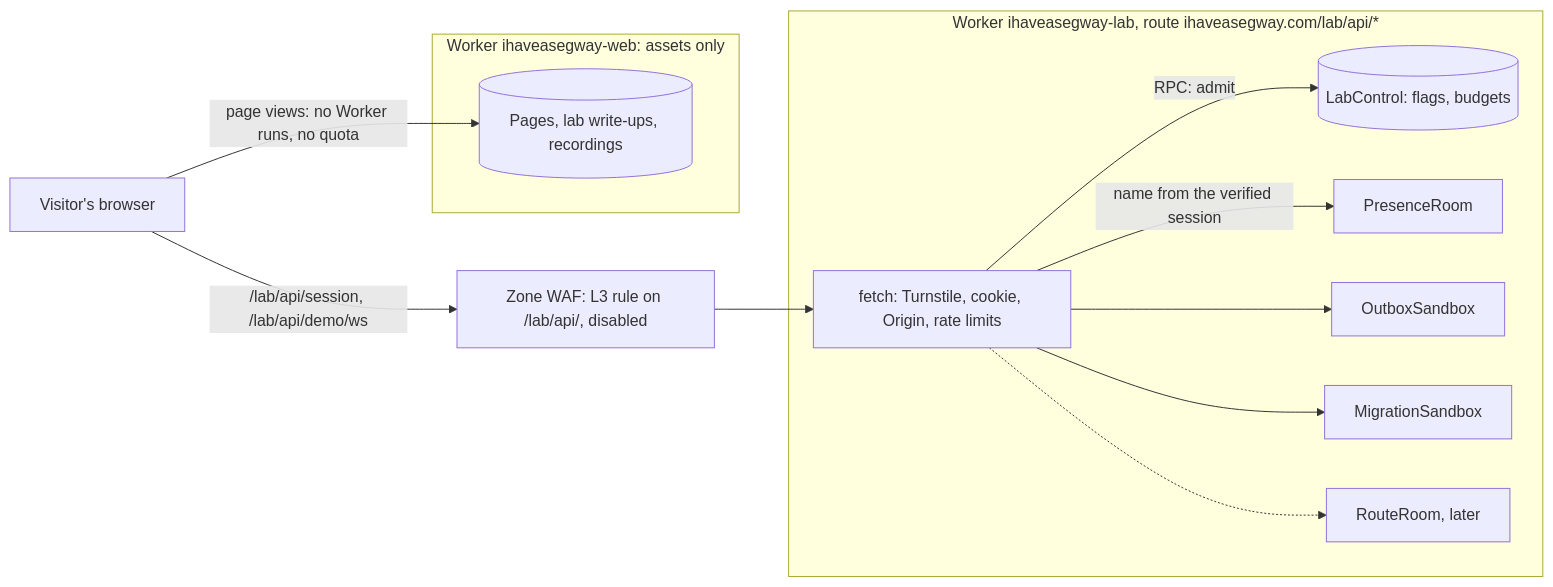
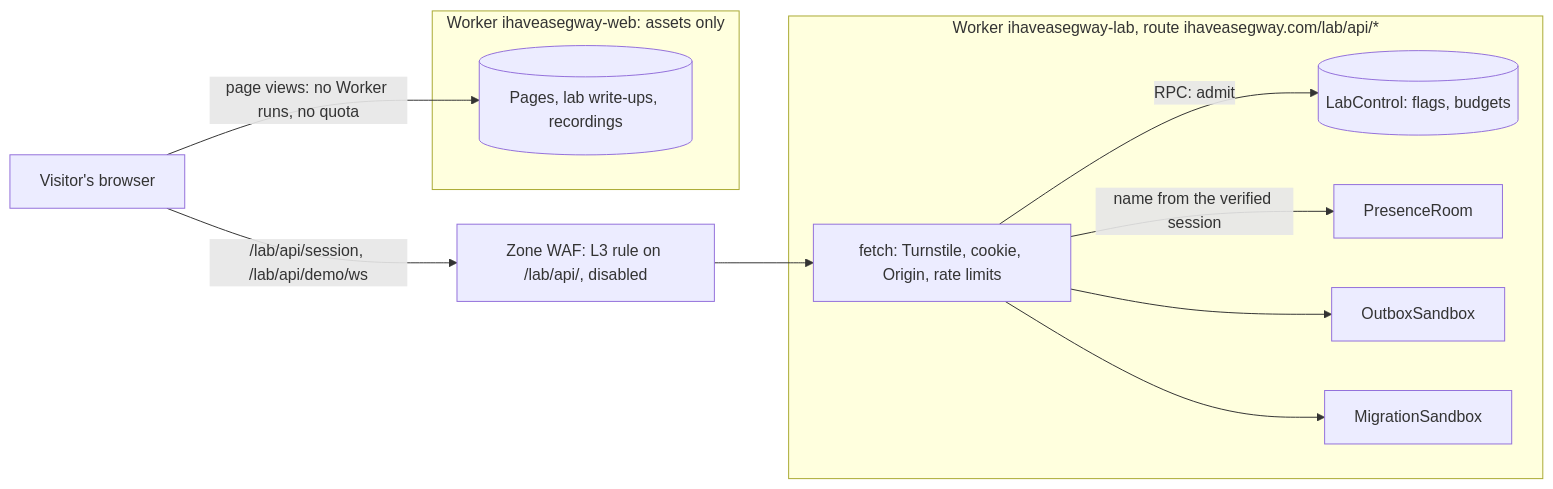
The first of 2 diagrams in docs/lab.md (IHaveASegway/website), drawn with Mermaid before and after one commit. The commit also changed other lines of this file and 157 other files, not shown here.

````diff
--- a/docs/lab.md
+++ b/docs/lab.md
@@ -24,23 +26,21 @@
 ```mermaid
 flowchart LR
   V["Visitor's browser"]
   subgraph web ["Worker ihaveasegway-web: assets only"]
     A[("Pages, lab write-ups, recordings")]
   end
   W["Zone WAF: L3 rule on /lab/api/, disabled"]
   subgraph lab ["Worker ihaveasegway-lab, route ihaveasegway.com/lab/api/*"]
     G["fetch: Turnstile, cookie, Origin, rate limits"]
     C[("LabControl: flags, budgets")]
     P["PresenceRoom"]
     O["OutboxSandbox"]
     M["MigrationSandbox"]
-    R["RouteRoom, later"]
   end
   V -->|"page views: no Worker runs, no quota"| A
   V -->|"/lab/api/session, /lab/api/demo/ws"| W --> G
   G -->|"RPC: admit"| C
   G -->|"name from the verified session"| P
   G --> O
   G --> M
-  G -.-> R
 ```
````
